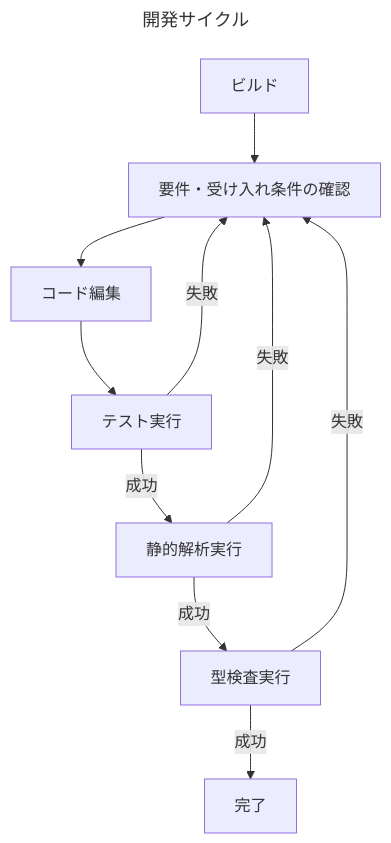
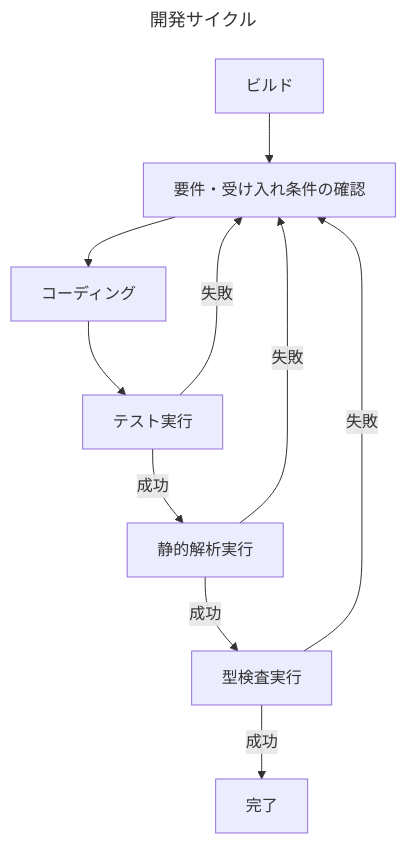
One commit to KentFujii/agile-calculator changed the diagram in README.md. Above: the diagram before and after it, drawn with Mermaid. The commit also changed 1 other file, not shown here.

Commit message:
PR.ymlのgeminiコマンドのメッセージを修正し、README.mdの開発サイクルのフローチャートで「コード編集」を「コーディング」に変更しました。

````diff
--- a/README.md
+++ b/README.md
@@ -78,24 +78,24 @@
 ```mermaid
 ---
 title: 開発サイクル
 ---
 
 graph TD
   A[ビルド]
   B[要件・受け入れ条件の確認]
-  C[コード編集]
+  C[コーディング]
   D[テスト実行]
   E[静的解析実行]
   F[型検査実行]
   G[完了]
 
   A --> B;
   B --> C;
   C --> D;
   D -- 成功 --> E;
   D -- 失敗 --> B;
   E -- 成功 --> F;
   E -- 失敗 --> B;
   F -- 成功 --> G;
   F -- 失敗 --> B;
 ```
````
